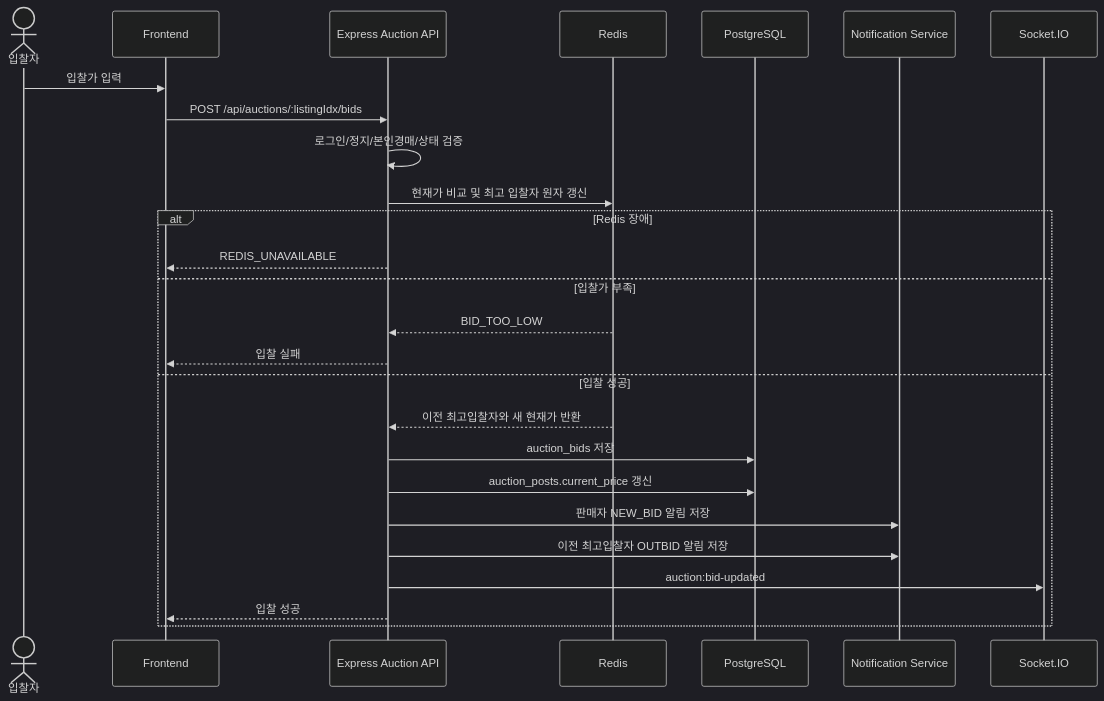
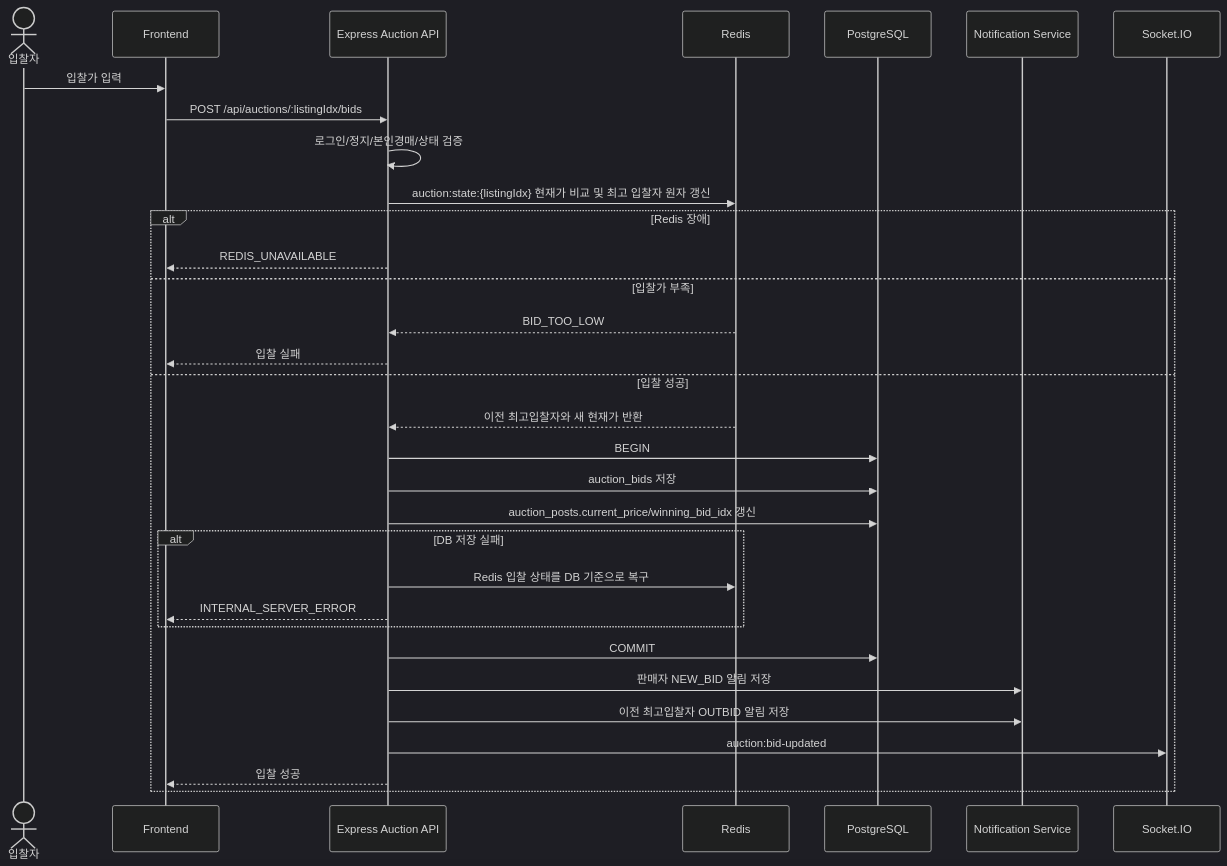
The diagram in docs/Potato-Land-Docs/04. 다이어그램/D-01 경매 입찰 시퀀스.md (hurwan0629/potato-land), drawn with Mermaid (dark theme) before and after one commit. The commit also changed other lines of this file and 70 other files, not shown here.

````diff
--- a/docs/Potato-Land-Docs/04. 다이어그램/D-01 경매 입찰 시퀀스.md
+++ b/docs/Potato-Land-Docs/04. 다이어그램/D-01 경매 입찰 시퀀스.md
@@ -3,29 +3,35 @@
 ```mermaid
 sequenceDiagram
     actor U as 입찰자
     participant F as Frontend
     participant A as Express Auction API
     participant R as Redis
     participant D as PostgreSQL
     participant N as Notification Service
     participant IO as Socket.IO
 
     U->>F: 입찰가 입력
     F->>A: POST /api/auctions/:listingIdx/bids
     A->>A: 로그인/정지/본인경매/상태 검증
-    A->>R: 현재가 비교 및 최고 입찰자 원자 갱신
+    A->>R: auction:state:{listingIdx} 현재가 비교 및 최고 입찰자 원자 갱신
     alt Redis 장애
         A-->>F: REDIS_UNAVAILABLE
     else 입찰가 부족
         R-->>A: BID_TOO_LOW
         A-->>F: 입찰 실패
     else 입찰 성공
         R-->>A: 이전 최고입찰자와 새 현재가 반환
+        A->>D: BEGIN
         A->>D: auction_bids 저장
-        A->>D: auction_posts.current_price 갱신
+        A->>D: auction_posts.current_price/winning_bid_idx 갱신
+        alt DB 저장 실패
+            A->>R: Redis 입찰 상태를 DB 기준으로 복구
+            A-->>F: INTERNAL_SERVER_ERROR
+        end
+        A->>D: COMMIT
         A->>N: 판매자 NEW_BID 알림 저장
         A->>N: 이전 최고입찰자 OUTBID 알림 저장
         A->>IO: auction:bid-updated
         A-->>F: 입찰 성공
     end
 ```
````
